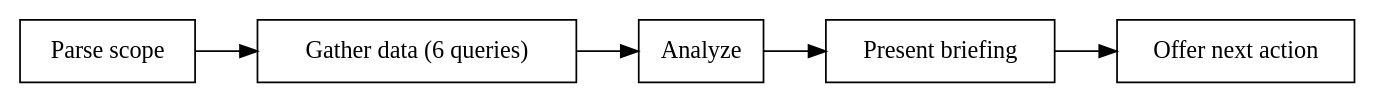
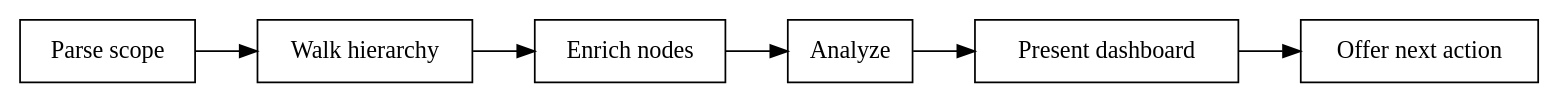
Before and after one commit to raulstechtips/sdlc-plugin-for-claude-code: the diagram in .claude/plugins/sdlc/skills/status/SKILL.md, drawn with Graphviz. The commit also changed other lines of this file and 1 other file, not shown here.

First line of the commit message:
feat(status): rewrite status skill with hierarchy-aware dashboard

````diff
--- a/.claude/plugins/sdlc/skills/status/SKILL.md
+++ b/.claude/plugins/sdlc/skills/status/SKILL.md
@@ -18,12 +18,13 @@
 ```dot
 digraph status {
     rankdir=LR;
     "Parse scope" [shape=box];
-    "Gather data (6 queries)" [shape=box];
+    "Walk hierarchy" [shape=box];
+    "Enrich nodes" [shape=box];
     "Analyze" [shape=box];
-    "Present briefing" [shape=box];
+    "Present dashboard" [shape=box];
     "Offer next action" [shape=box];
 
-    "Parse scope" -> "Gather data (6 queries)" -> "Analyze" -> "Present briefing" -> "Offer next action";
+    "Parse scope" -> "Walk hierarchy" -> "Enrich nodes" -> "Analyze" -> "Present dashboard" -> "Offer next action";
 }
 ```
````
